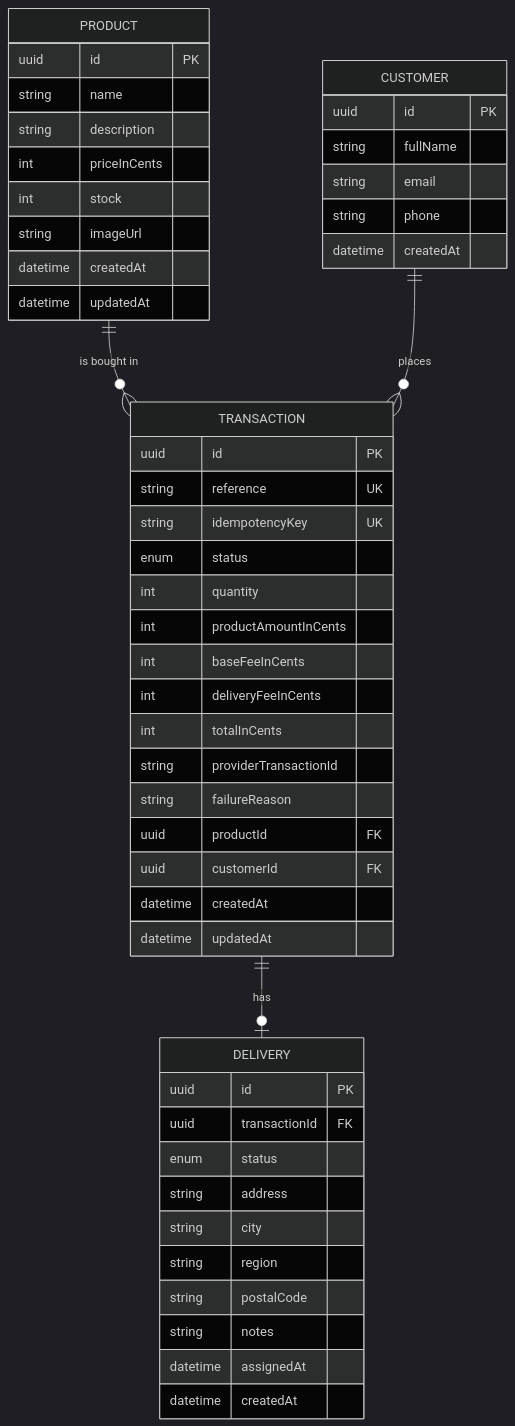
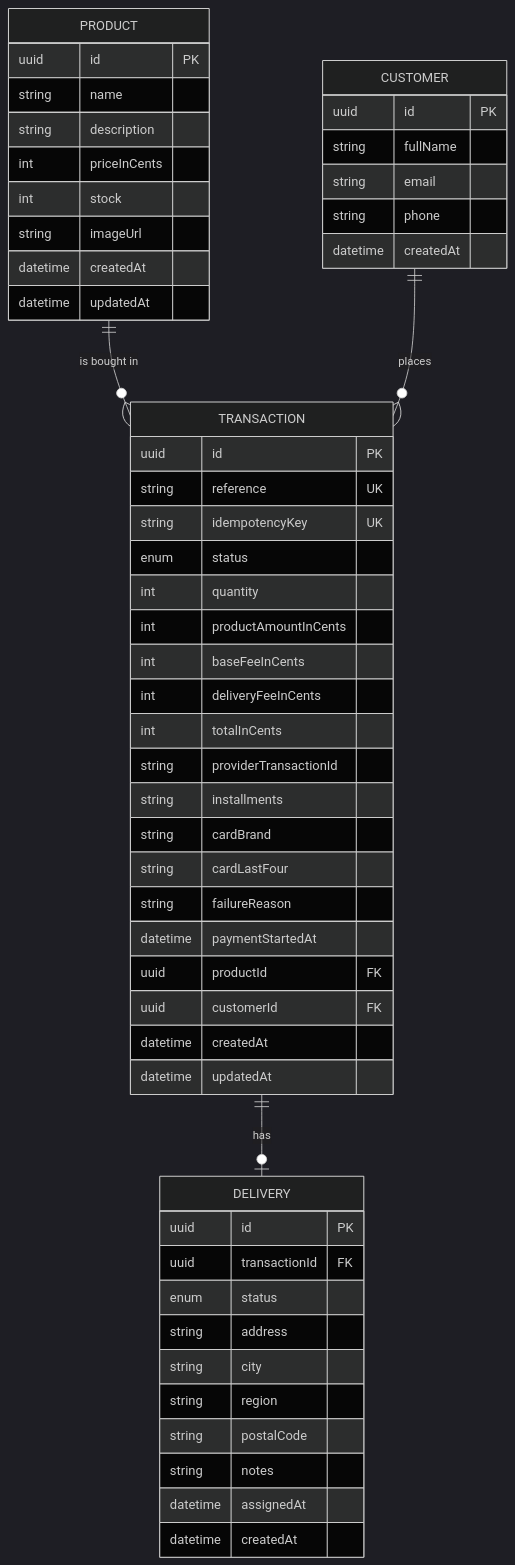
One commit to wschub/paymentgateway-nest-test changed the second of 2 diagrams in README.md. Above: the diagram before and after it, drawn with Mermaid (dark theme). The commit also changed other lines of this file and 2 other files, not shown here.

````diff
--- a/README.md
+++ b/README.md
@@ -274,53 +466,57 @@
 ```mermaid
 erDiagram
     PRODUCT ||--o{ TRANSACTION : "is bought in"
     CUSTOMER ||--o{ TRANSACTION : "places"
     TRANSACTION ||--o| DELIVERY : "has"
 
     PRODUCT {
         uuid id PK
         string name
         string description
         int priceInCents
         int stock
         string imageUrl
         datetime createdAt
         datetime updatedAt
     }
     CUSTOMER {
         uuid id PK
         string fullName
         string email
         string phone
         datetime createdAt
     }
     TRANSACTION {
         uuid id PK
         string reference UK
         string idempotencyKey UK
         enum status
         int quantity
         int productAmountInCents
         int baseFeeInCents
         int deliveryFeeInCents
         int totalInCents
         string providerTransactionId
+        string installments
+        string cardBrand
+        string cardLastFour
         string failureReason
+        datetime paymentStartedAt
         uuid productId FK
         uuid customerId FK
         datetime createdAt
         datetime updatedAt
     }
     DELIVERY {
         uuid id PK
         uuid transactionId FK
         enum status
         string address
         string city
         string region
         string postalCode
         string notes
         datetime assignedAt
         datetime createdAt
     }
 ```
````
